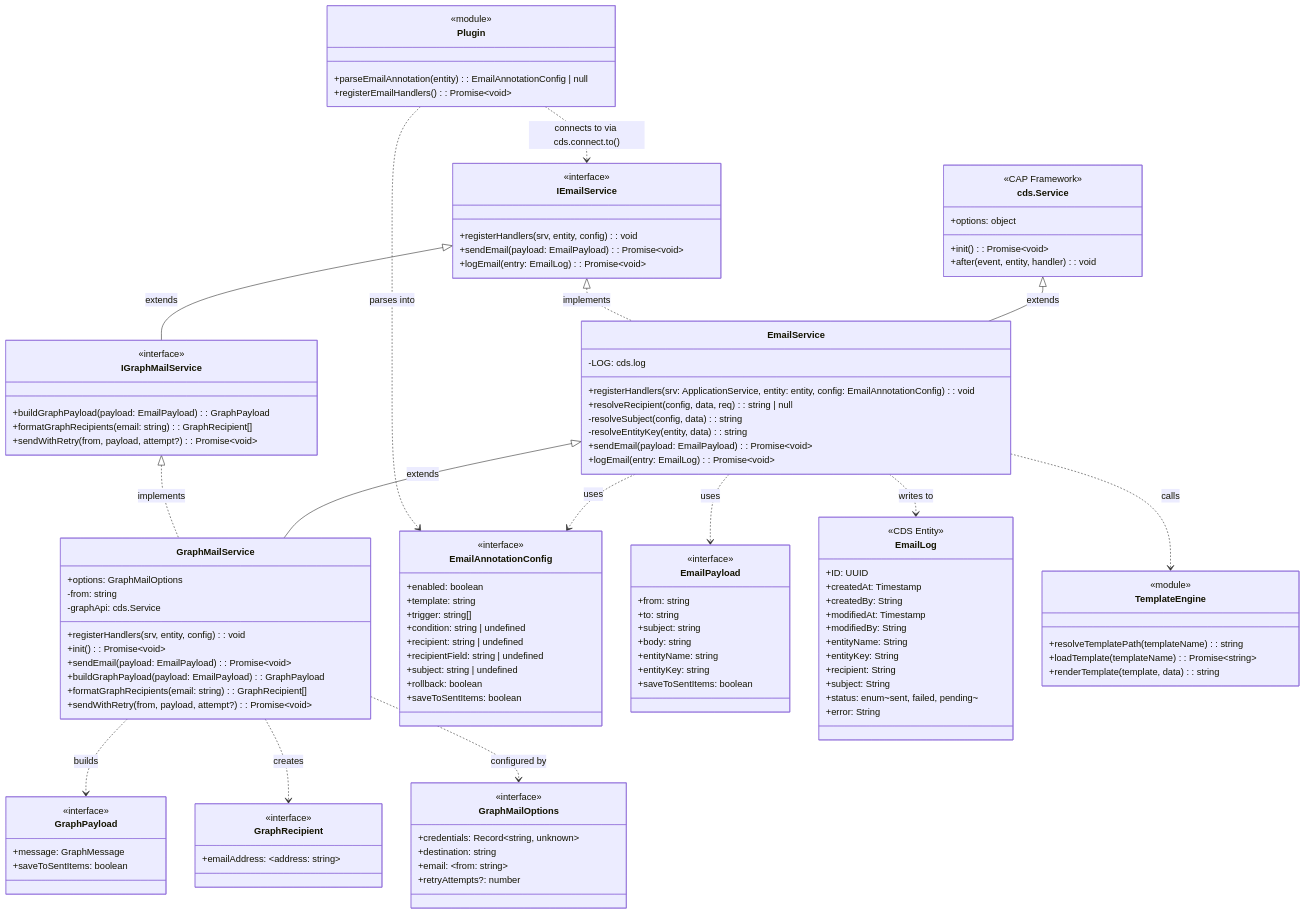
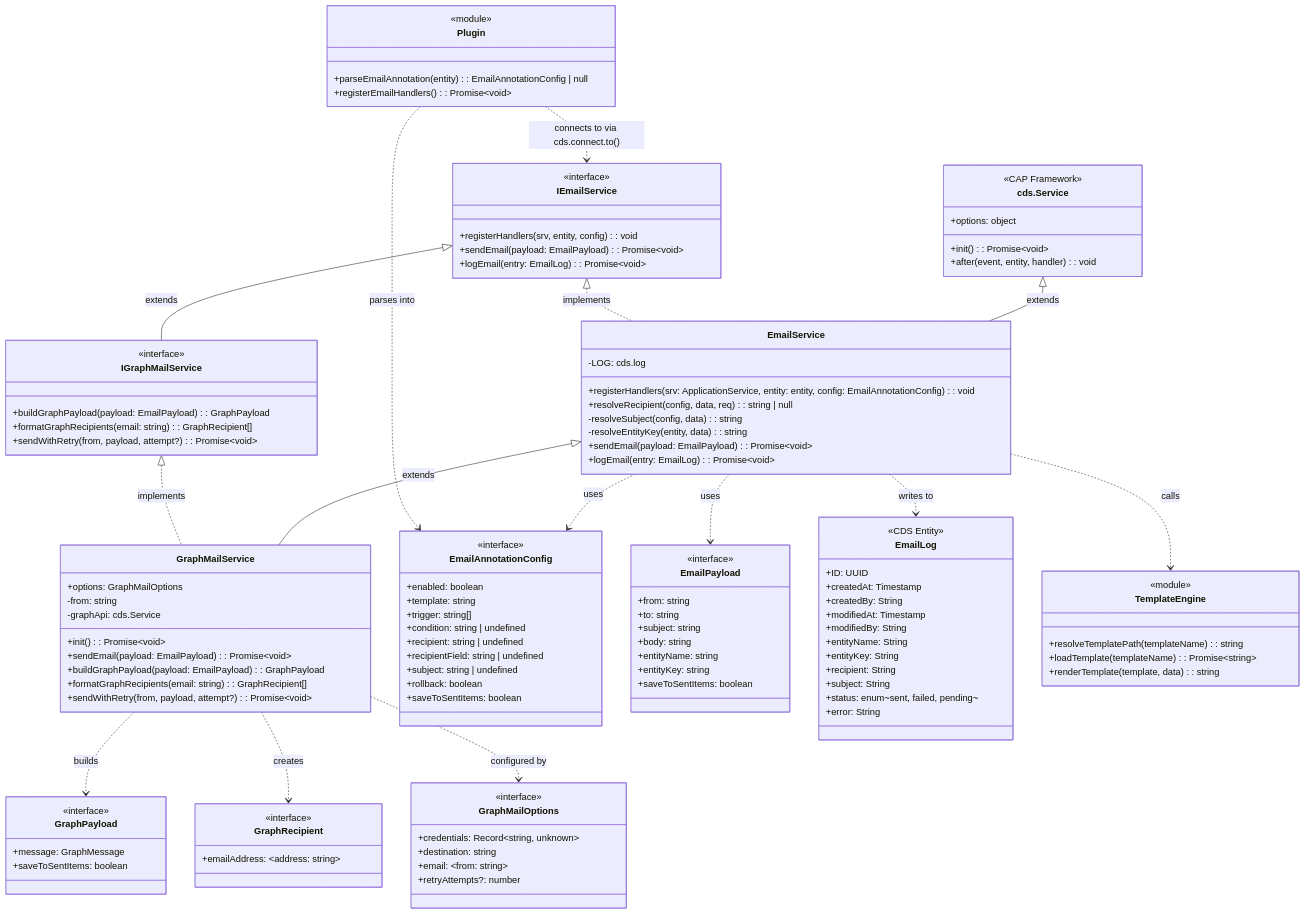
One commit to expertum-net/cap-email-plugin changed the third of 10 diagrams in docs/cap-email-diagrams.md. Above: the diagram before and after it, drawn with Mermaid. The commit also changed other lines of this file, not shown here.

First line of the commit message:
docs: update diagrams with condition.ts and entities.ts

```diff
--- a/docs/cap-email-diagrams.md
+++ b/docs/cap-email-diagrams.md
@@ -107,7 +112,6 @@
         +options: GraphMailOptions
         -from: string
         -graphApi: cds.Service
-        +registerHandlers(srv, entity, config): void
         +init(): Promise~void~
         +sendEmail(payload: EmailPayload): Promise~void~
         +buildGraphPayload(payload: EmailPayload): GraphPayload
```
